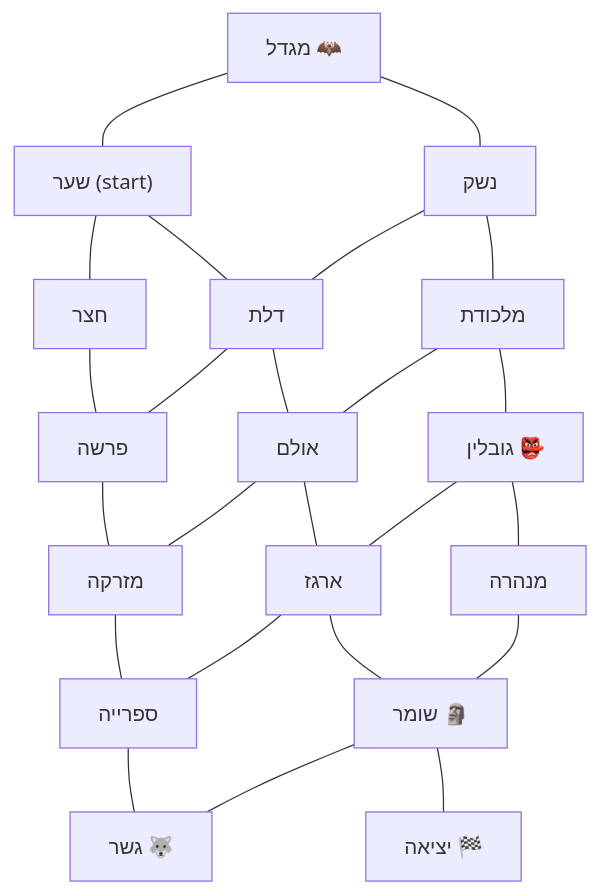
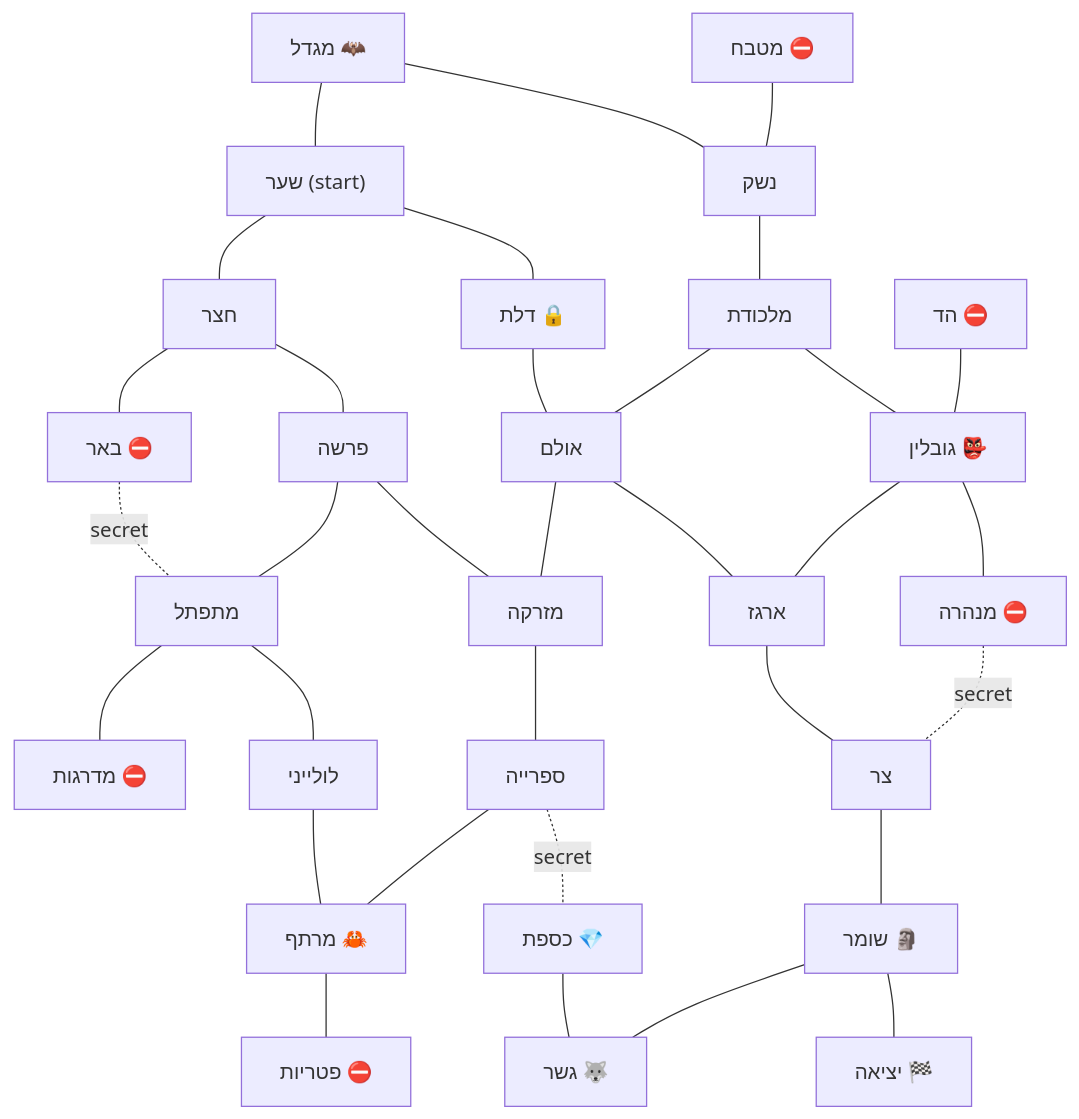
The second of 3 diagrams in README.md (avishayal-source/harpatka-bamavoch), drawn with Mermaid before and after one commit. The commit also changed other lines of this file and 21 other files, not shown here.

````diff
--- a/README.md
+++ b/README.md
@@ -55,21 +56,31 @@
 ```mermaid
 flowchart TB
-    watchtower["מגדל 🦇"] --- start["שער (start)"] --- torch[חצר]
-    watchtower --- armory[נשק]
-    start --- corridor[דלת]
+    watchtower["מגדל 🦇"] --- start["שער (start)"] --- torch[חצר] --- well["באר ⛔"]
+    kitchen["מטבח ⛔"] --- armory[נשק]
+    watchtower --- armory
+    start --- corridor["דלת 🔒"]
     torch --- fork[פרשה]
-    armory --- corridor --- fork
+    fork --- winding[מתפתל] --- stair["מדרגות ⛔"]
+    well -. secret .- winding
     armory --- trap[מלכודת]
     corridor --- hall[אולם]
     fork --- fountain[מזרקה]
+    winding --- spiral[לולייני]
     trap --- hall --- fountain
     trap --- goblin["גובלין 👺"]
+    echo["הד ⛔"] --- goblin
     hall --- chest[ארגז]
     fountain --- library[ספרייה]
-    goblin --- chest --- library
-    goblin --- tunnel[מנהרה]
-    chest --- guardian["שומר 🗿"]
-    library --- bridge["גשר 🐺"]
-    tunnel --- guardian --- bridge
+    spiral --- cellar["מרתף 🦀"]
+    library --- cellar
+    goblin --- chest
+    goblin --- tunnel["מנהרה ⛔"]
+    tunnel -. secret .- pass[צר]
+    chest --- pass
+    library -. secret .- vault["כספת 💎"]
+    cellar --- mushroom["פטריות ⛔"]
+    pass --- guardian["שומר 🗿"]
+    vault --- bridge["גשר 🐺"]
+    guardian --- bridge
     guardian --- exit["יציאה 🏁"]
 ```
````
